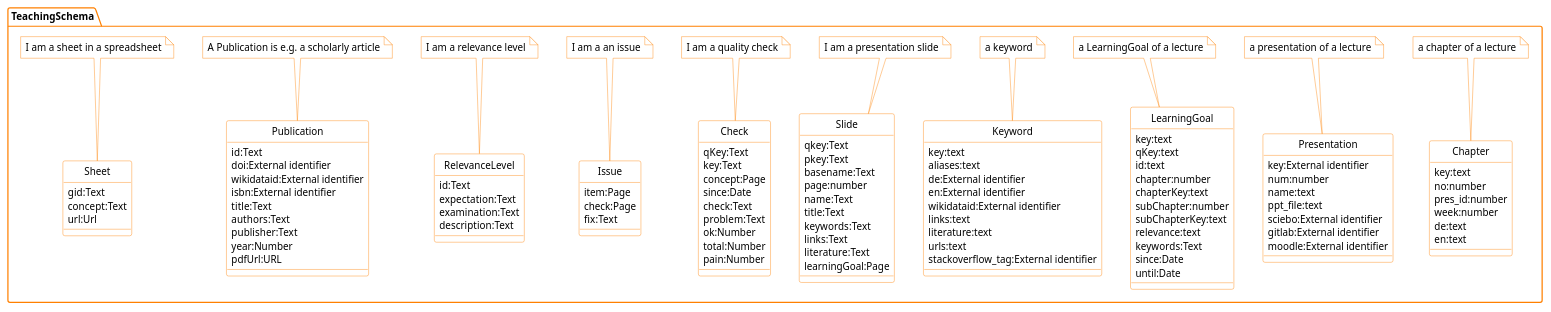
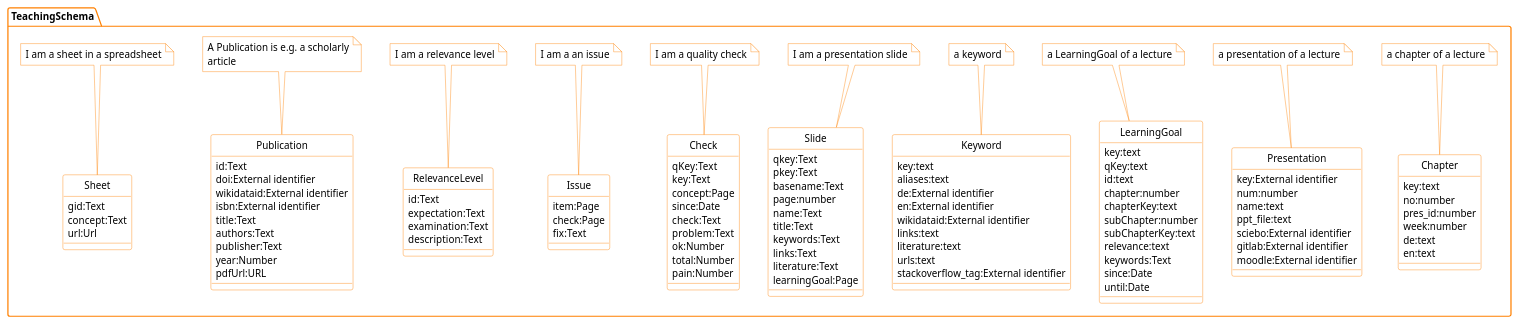
One commit to WolfgangFahl/pyMetaModel changed the diagram in examples/teaching/TeachingSchema.puml. Above: the diagram before and after it, drawn with PlantUML. The commit also changed 33 other files, not shown here.

```diff
--- a/examples/teaching/TeachingSchema.puml
+++ b/examples/teaching/TeachingSchema.puml
@@ -110,7 +110,8 @@
     pdfUrl:URL
   }
 Note top of Publication
-A Publication is e.g. a scholarly article
+A Publication is e.g. a scholarly
+article
 End note
   class Sheet {
     gid:Text
@@ -123,7 +124,7 @@
 }
 
 ' BITPlan Corporate identity skin params
-' Copyright (c) 2015-2023 BITPlan GmbH
+' Copyright (c) 2015-2024 BITPlan GmbH
 ' see http://wiki.bitplan.com/PlantUmlSkinParams#BITPlanCI
 ' skinparams generated by com.bitplan.restmodelmanager
 skinparam note {
```
